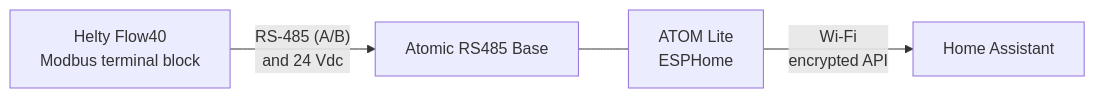
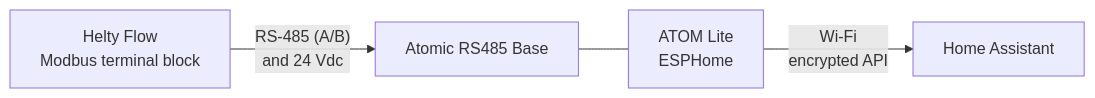
One commit to fabioscarparo/helty-home-assistant changed the diagram in README.md. Above: the diagram before and after it, drawn with Mermaid. The commit also changed other lines of this file and 10 other files, not shown here.

Commit message:
Add new Helty Flow registers, config switches, and optional packages (v1.2.0)

````diff
--- a/README.md
+++ b/README.md
@@ -59,6 +68,6 @@
 ```mermaid
 flowchart LR
-  VMC["Helty Flow40<br/>Modbus terminal block"] -- "RS-485 (A/B)<br/>and 24 Vdc" --> BASE["Atomic RS485 Base"]
+  VMC["Helty Flow<br/>Modbus terminal block"] -- "RS-485 (A/B)<br/>and 24 Vdc" --> BASE["Atomic RS485 Base"]
   BASE --- ATOM["ATOM Lite<br/>ESPHome"]
   ATOM -- "Wi-Fi<br/>encrypted API" --> HA["Home Assistant"]
 ```
````
